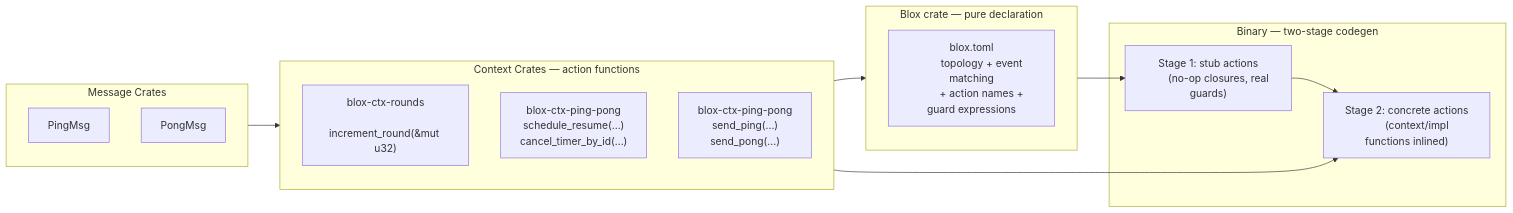
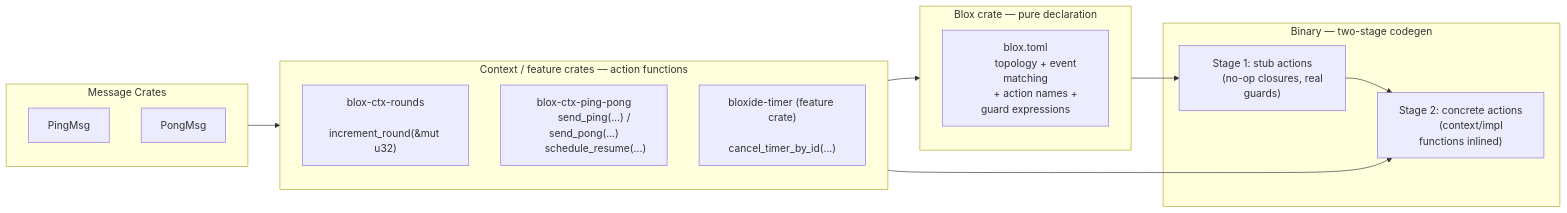
Before and after one commit to bloxide-com/bloxide: the diagram in spec/architecture/06-actions.md, drawn with Mermaid. The commit also changed other lines of this file and 33 other files, not shown here.

````diff
--- a/spec/architecture/06-actions.md
+++ b/spec/architecture/06-actions.md
@@ -19,37 +19,36 @@
 ```mermaid
 flowchart LR
     subgraph msg_crates [Message Crates]
         PingMsg
         PongMsg
     end
 
-    subgraph ctx_crates [Context Crates — action functions]
+    subgraph ctx_crates [Context / feature crates — action functions]
         Rounds["blox-ctx-rounds
         increment_round(&mut u32)"]
-        Timer["blox-ctx-ping-pong
-        schedule_resume(...)
+        PingPong["blox-ctx-ping-pong
+        send_ping(...) / send_pong(...)
+        schedule_resume(...)"]
+        Timer["bloxide-timer (feature crate)
         cancel_timer_by_id(...)"]
-        Msg["blox-ctx-ping-pong
-        send_ping(...)
-        send_pong(...)"]
     end
 
     subgraph blox [Blox crate — pure declaration]
         Topology["blox.toml
         topology + event matching
         + action names + guard expressions"]
     end
 
     subgraph binary [Binary — two-stage codegen]
         Stubs["Stage 1: stub actions
         (no-op closures, real guards)"]
         Concrete["Stage 2: concrete actions
         (context/impl functions inlined)"]
     end
 
     msg_crates --> ctx_crates
     ctx_crates --> blox
     blox --> Stubs
     ctx_crates --> Concrete
     Stubs --> Concrete
 ```
````
